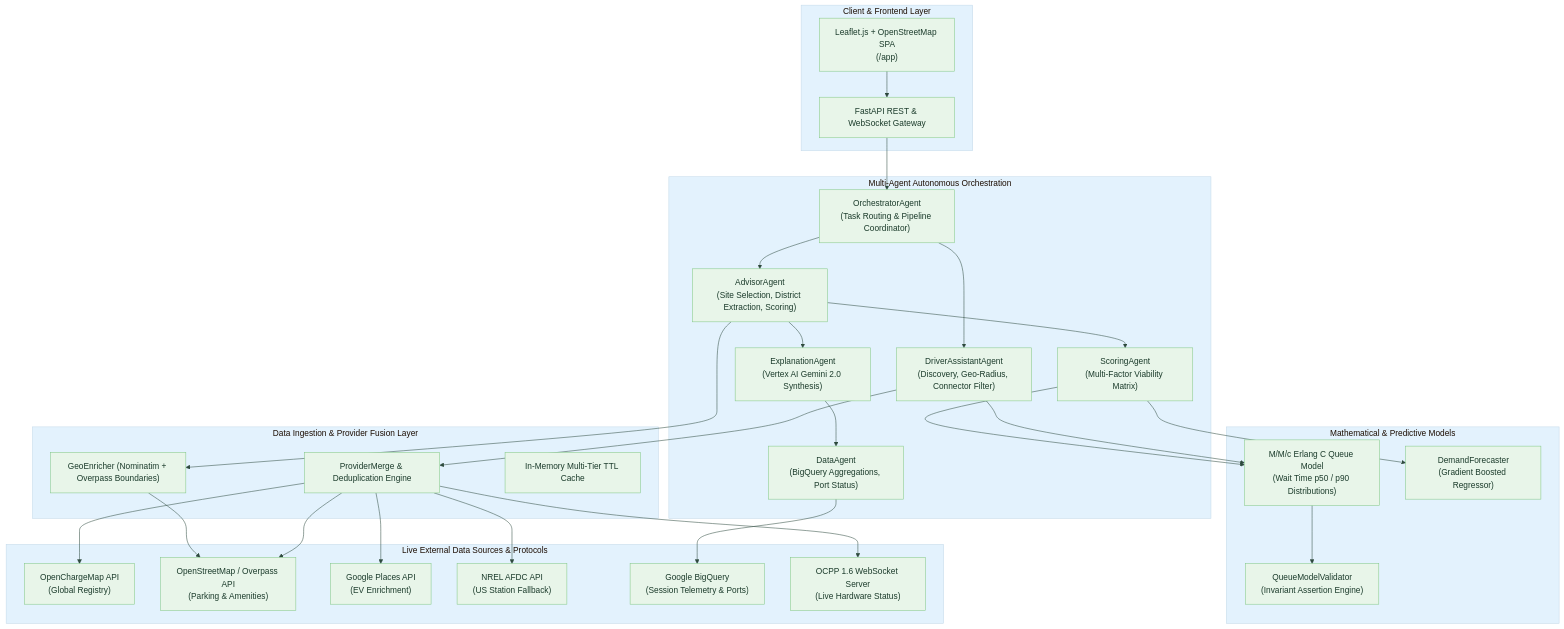
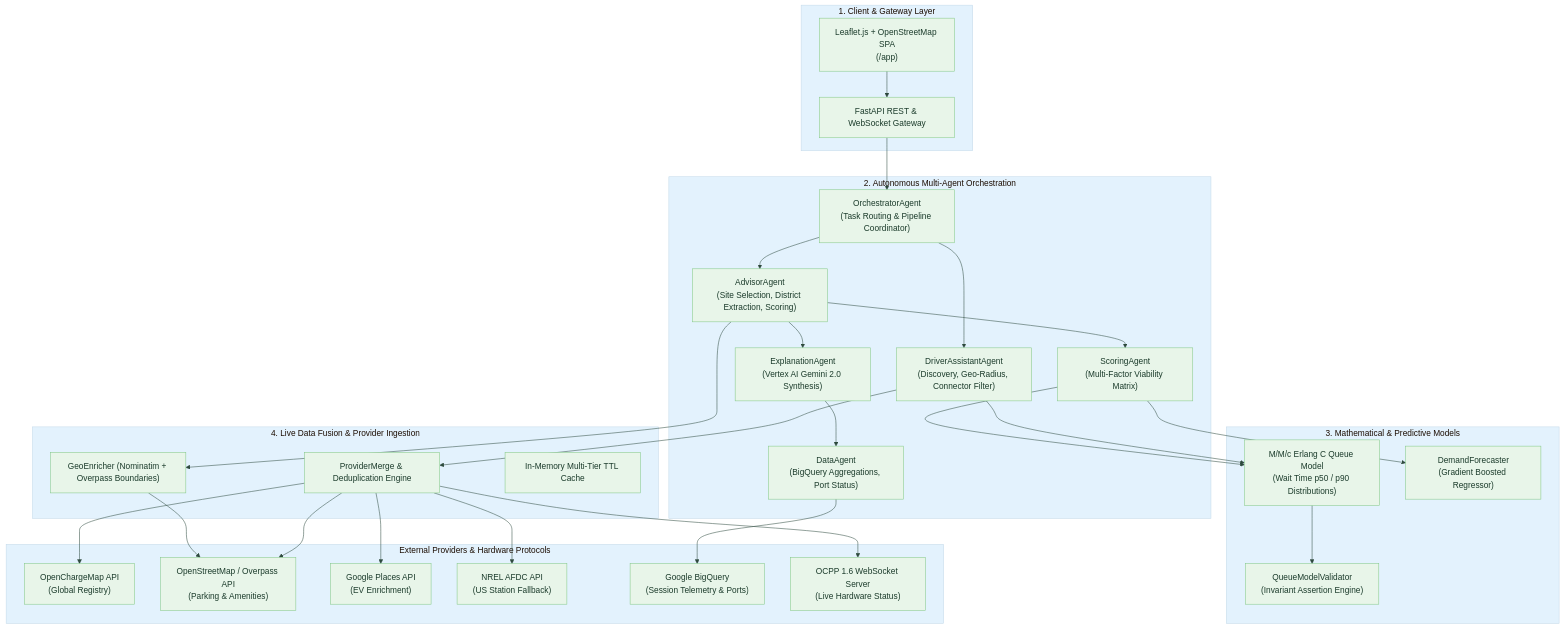
One commit to HARSH0177/EV-spatial-intelligence-Engine changed the diagram in README.md. Above: the diagram before and after it, drawn with Mermaid. The commit also changed other lines of this file, not shown here.

Commit message:
docs: add detailed narrative breakdowns and layer walkthroughs for all visual architecture and queue flow diagrams

````diff
--- a/README.md
+++ b/README.md
@@ -57,63 +72,63 @@
 ```mermaid
 %%{init: {'theme': 'base', 'themeVariables': { 'primaryColor': '#E8F5E9', 'primaryTextColor': '#1B3B2B', 'primaryBorderColor': '#81C784', 'lineColor': '#2E4A3E', 'secondaryColor': '#EDE7F6', 'tertiaryColor': '#E3F2FD' }}}%%
 graph TD
-    subgraph ClientLayer ["Client & Frontend Layer"]
+    subgraph ClientLayer ["1. Client & Gateway Layer"]
         UI["Leaflet.js + OpenStreetMap SPA<br/>(/app)"]
         API_GW["FastAPI REST & WebSocket Gateway"]
     end
 
-    subgraph AgentLayer ["Multi-Agent Autonomous Orchestration"]
+    subgraph AgentLayer ["2. Autonomous Multi-Agent Orchestration"]
         ORCH["OrchestratorAgent<br/>(Task Routing & Pipeline Coordinator)"]
         DRIVER["DriverAssistantAgent<br/>(Discovery, Geo-Radius, Connector Filter)"]
         ADVISOR["AdvisorAgent<br/>(Site Selection, District Extraction, Scoring)"]
         DATA["DataAgent<br/>(BigQuery Aggregations, Port Status)"]
         SCORING["ScoringAgent<br/>(Multi-Factor Viability Matrix)"]
         EXPLAIN["ExplanationAgent<br/>(Vertex AI Gemini 2.0 Synthesis)"]
     end
 
-    subgraph ModelLayer ["Mathematical & Predictive Models"]
+    subgraph ModelLayer ["3. Mathematical & Predictive Models"]
         QUEUE["M/M/c Erlang C Queue Model<br/>(Wait Time p50 / p90 Distributions)"]
         FORECAST["DemandForecaster<br/>(Gradient Boosted Regressor)"]
         VALIDATOR["QueueModelValidator<br/>(Invariant Assertion Engine)"]
     end
 
-    subgraph DataFusionLayer ["Data Ingestion & Provider Fusion Layer"]
+    subgraph DataFusionLayer ["4. Live Data Fusion & Provider Ingestion"]
         MERGE["ProviderMerge & Deduplication Engine"]
         GEO["GeoEnricher (Nominatim + Overpass Boundaries)"]
         CACHE["In-Memory Multi-Tier TTL Cache"]
     end
 
-    subgraph ExternalSources ["Live External Data Sources & Protocols"]
+    subgraph ExternalSources ["External Providers & Hardware Protocols"]
         OCM["OpenChargeMap API<br/>(Global Registry)"]
         OSM["OpenStreetMap / Overpass API<br/>(Parking & Amenities)"]
         GPLACES["Google Places API<br/>(EV Enrichment)"]
         NREL["NREL AFDC API<br/>(US Station Fallback)"]
         BQ["Google BigQuery<br/>(Session Telemetry & Ports)"]
         OCPP["OCPP 1.6 WebSocket Server<br/>(Live Hardware Status)"]
     end
 
     UI --> API_GW
     API_GW --> ORCH
     ORCH --> DRIVER
     ORCH --> ADVISOR
 
     DRIVER --> MERGE
     DRIVER --> QUEUE
     ADVISOR --> GEO
     ADVISOR --> SCORING
     ADVISOR --> EXPLAIN
 
     SCORING --> QUEUE
     SCORING --> FORECAST
     EXPLAIN --> DATA
 
     MERGE --> OCM
     MERGE --> OSM
     MERGE --> GPLACES
     MERGE --> NREL
     MERGE --> OCPP
 
     GEO --> OSM
     DATA --> BQ
     QUEUE --> VALIDATOR
 ```
````
